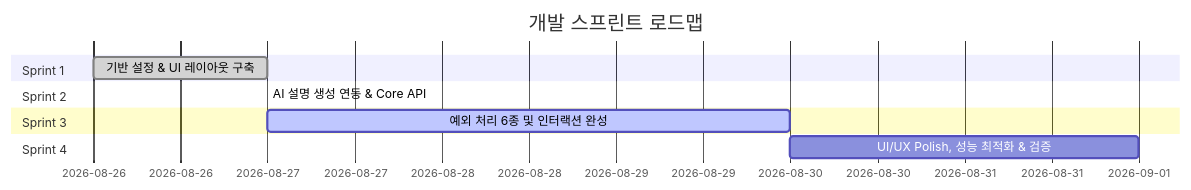
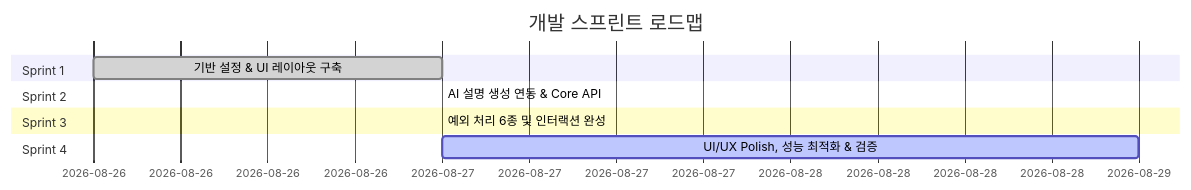
Before and after one commit to eunsu0210/-: the diagram in docs/development-plan.md, drawn with Mermaid. The commit also changed other lines of this file and 1 other file, not shown here.

````diff
--- a/docs/development-plan.md
+++ b/docs/development-plan.md
@@ -19,13 +19,13 @@
 ```mermaid
 gantt
     title 개발 스프린트 로드맵
     dateFormat  YYYY-MM-DD
     section Sprint 1
     기반 설정 & UI 레이아웃 구축    :done, s1, 2026-08-26, 2026-08-27
     section Sprint 2
     AI 설명 생성 연동 & Core API    :done, s2, 2026-08-27, 2026-08-27
     section Sprint 3
-    예외 처리 6종 및 인터랙션 완성  :active, s3, 2026-08-27, 3d
+    예외 처리 6종 및 인터랙션 완성  :done, s3, 2026-08-27, 2026-08-27
     section Sprint 4
-    UI/UX Polish, 성능 최적화 & 검증:s4, after s3, 2d
+    UI/UX Polish, 성능 최적화 & 검증:active, s4, 2026-08-27, 2d
 ```
````
